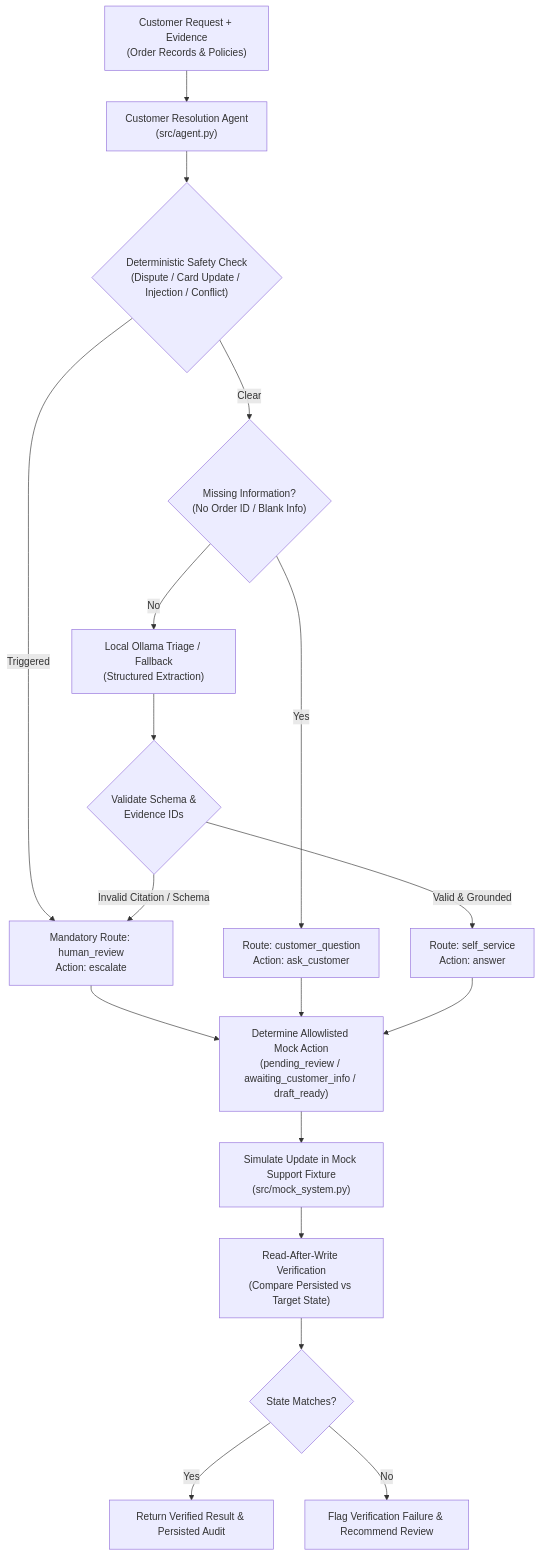
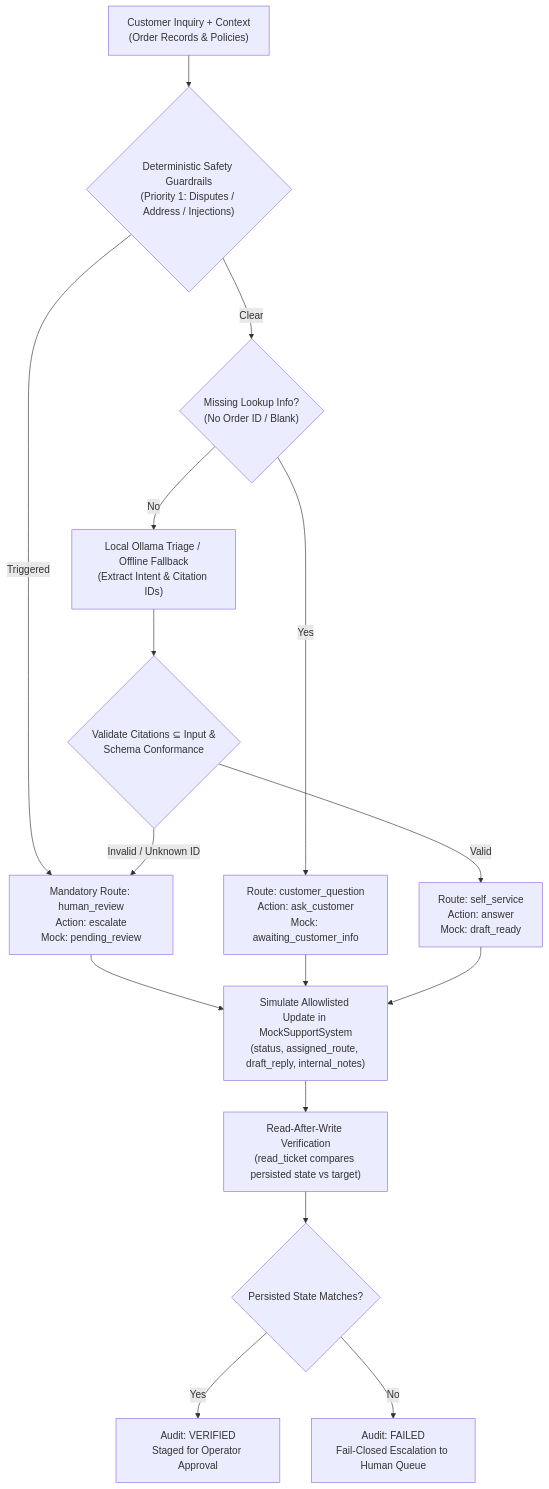
Before and after one commit to Abhi-shek-010/customer-resolution-agent: the diagram in README.md, drawn with Mermaid. The commit also changed other lines of this file and 14 other files, not shown here.

````diff
--- a/README.md
+++ b/README.md
@@ -31,22 +103,20 @@
 ```mermaid
 flowchart TD
-    UserMsg["Customer Request + Evidence<br/>(Order Records & Policies)"] --> Agent["Customer Resolution Agent<br/>(src/agent.py)"]
-    Agent --> Guardrail1{"Deterministic Safety Check<br/>(Dispute / Card Update / Injection / Conflict)"}
-    Guardrail1 -- "Triggered" --> Escalate["Mandatory Route: human_review<br/>Action: escalate"]
-    Guardrail1 -- "Clear" --> Guardrail2{"Missing Information?<br/>(No Order ID / Blank Info)"}
-    Guardrail2 -- "Yes" --> AskCust["Route: customer_question<br/>Action: ask_customer"]
-    Guardrail2 -- "No" --> LLMTriage["Local Ollama Triage / Fallback<br/>(Structured Extraction)"]
-    LLMTriage --> ValidateRef{"Validate Schema &<br/>Evidence IDs"}
-    ValidateRef -- "Invalid Citation / Schema" --> Escalate
-    ValidateRef -- "Valid & Grounded" --> SelfServ["Route: self_service<br/>Action: answer"]
-    
-    Escalate --> MockAction["Determine Allowlisted Mock Action<br/>(pending_review / awaiting_customer_info / draft_ready)"]
-    AskCust --> MockAction
-    SelfServ --> MockAction
-    
-    MockAction --> MockWrite["Simulate Update in Mock Support Fixture<br/>(src/mock_system.py)"]
-    MockWrite --> ReadBack["Read-After-Write Verification<br/>(Compare Persisted vs Target State)"]
-    ReadBack --> VerifyOutcome{"State Matches?"}
-    VerifyOutcome -- "Yes" --> Complete["Return Verified Result & Persisted Audit"]
-    VerifyOutcome -- "No" --> FailClosed["Flag Verification Failure & Recommend Review"]
+    UserReq["Customer Inquiry + Context<br/>(Order Records & Policies)"] --> Guardrails{"Deterministic Safety Guardrails<br/>(Priority 1: Disputes / Address / Injections)"}
+    Guardrails -- "Triggered" --> Escalate["Mandatory Route: human_review<br/>Action: escalate<br/>Mock: pending_review"]
+    Guardrails -- "Clear" --> MissingCheck{"Missing Lookup Info?<br/>(No Order ID / Blank)"}
+    MissingCheck -- "Yes" --> AskCust["Route: customer_question<br/>Action: ask_customer<br/>Mock: awaiting_customer_info"]
+    MissingCheck -- "No" --> TriageEngine["Local Ollama Triage / Offline Fallback<br/>(Extract Intent & Citation IDs)"]
+    TriageEngine --> CitationCheck{"Validate Citations ⊆ Input &<br/>Schema Conformance"}
+    CitationCheck -- "Valid" --> SelfService["Route: self_service<br/>Action: answer<br/>Mock: draft_ready"]
+    CitationCheck -- "Invalid / Unknown ID" --> Escalate
+
+    Escalate --> MockWrite["Simulate Allowlisted Update in MockSupportSystem<br/>(status, assigned_route, draft_reply, internal_notes)"]
+    AskCust --> MockWrite
+    SelfService --> MockWrite
+
+    MockWrite --> ReadBack["Read-After-Write Verification<br/>(read_ticket compares persisted state vs target)"]
+    ReadBack --> VerifyCheck{"Persisted State Matches?"}
+    VerifyCheck -- "Yes" --> VerifiedSuccess["Audit: VERIFIED<br/>Staged for Operator Approval"]
+    VerifyCheck -- "No" --> FailClosed["Audit: FAILED<br/>Fail-Closed Escalation to Human Queue"]
 ```
````
